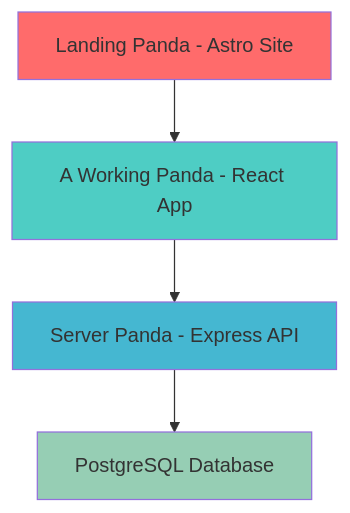
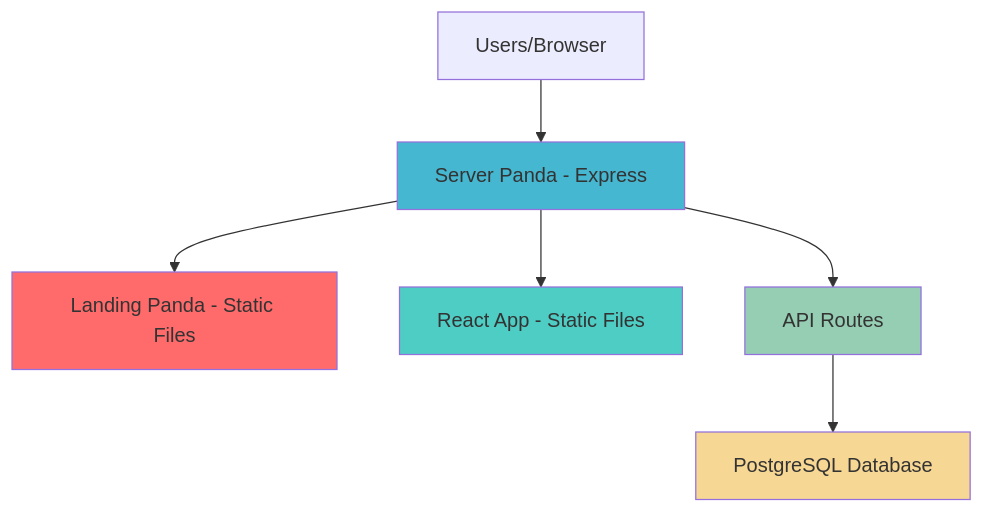
One commit to adrianmurage/akongalabs-beta changed the diagram in README.md. Above: the diagram before and after it, drawn with Mermaid. The commit also changed other lines of this file and 3 other files, not shown here.

First line of the commit message:
fix: correct CI/CD workflow to match unified deployment architecture

````diff
--- a/README.md
+++ b/README.md
@@ -131,11 +131,14 @@
 ```mermaid
 graph TD
-    A[Landing Panda - Astro Site] --> B[A Working Panda - React App]
-    B --> C[Server Panda - Express API]
-    C --> D[PostgreSQL Database]
+    U[Users/Browser] --> S[Server Panda - Express]
+    S --> L[Landing Panda - Static Files]
+    S --> R[React App - Static Files]
+    S --> A[API Routes]
+    A --> D[PostgreSQL Database]
     
-    style A fill:#ff6b6b
-    style B fill:#4ecdc4
-    style C fill:#45b7d1
-    style D fill:#96ceb4
+    style S fill:#45b7d1
+    style L fill:#ff6b6b
+    style R fill:#4ecdc4
+    style A fill:#96ceb4
+    style D fill:#f7d794
 ```
````
